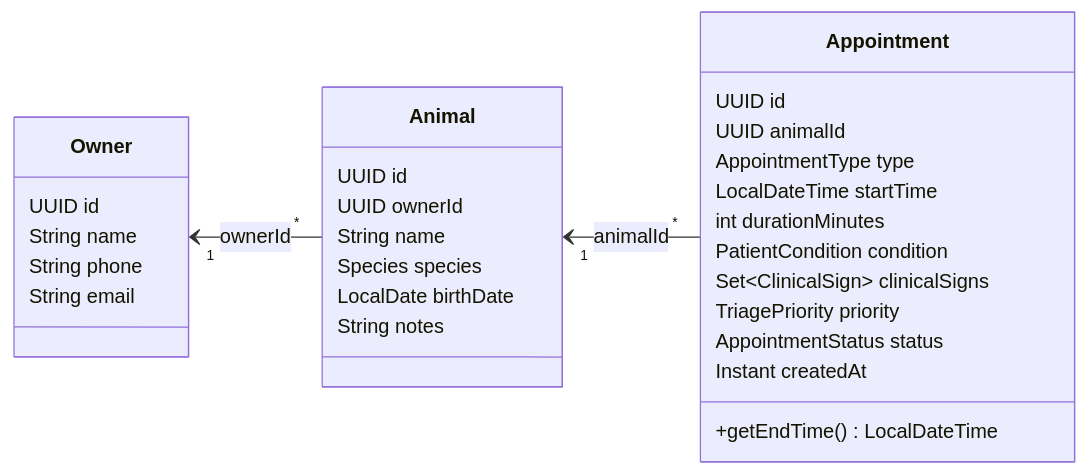
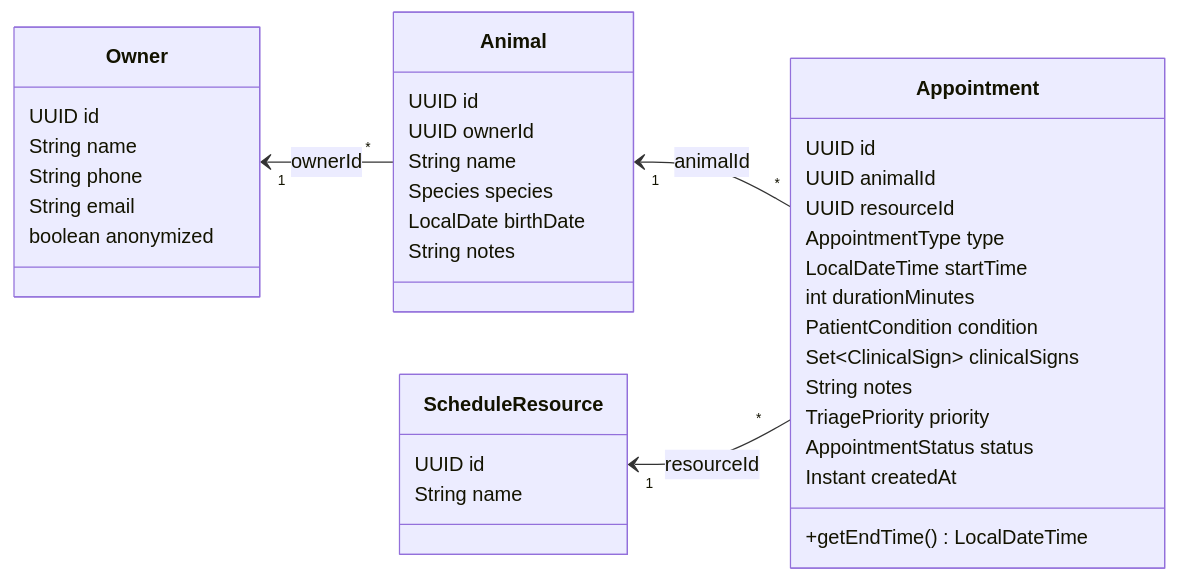
The second of 6 diagrams in docs/ARCHITECTURE.md (Amandadamata/vetcare-scheduler-java), drawn with Mermaid before and after one commit. The commit also changed other lines of this file and 5 other files, not shown here.

````diff
--- a/docs/ARCHITECTURE.md
+++ b/docs/ARCHITECTURE.md
@@ -61,33 +64,41 @@
 ```mermaid
 classDiagram
     direction LR
+    class ScheduleResource {
+        UUID id
+        String name
+    }
     class Owner {
         UUID id
         String name
         String phone
         String email
+        boolean anonymized
     }
     class Animal {
         UUID id
         UUID ownerId
         String name
         Species species
         LocalDate birthDate
         String notes
     }
     class Appointment {
         UUID id
         UUID animalId
+        UUID resourceId
         AppointmentType type
         LocalDateTime startTime
         int durationMinutes
         PatientCondition condition
         Set~ClinicalSign~ clinicalSigns
+        String notes
         TriagePriority priority
         AppointmentStatus status
         Instant createdAt
         +getEndTime() LocalDateTime
     }
     Owner "1" <-- "*" Animal : ownerId
     Animal "1" <-- "*" Appointment : animalId
+    ScheduleResource "1" <-- "*" Appointment : resourceId
 ```
````
